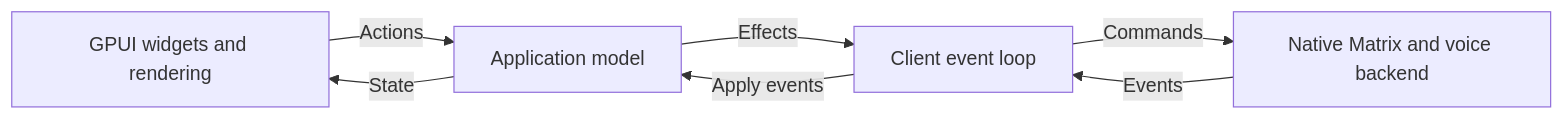
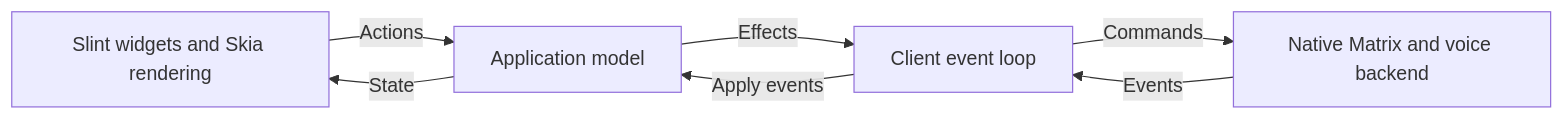
The diagram in docs/architecture.md (databoose/yapfast), drawn with Mermaid before and after one commit. The commit also changed other lines of this file and 30 other files, not shown here.

Commit message:
refactor(ui): replace GPUI desktop client with Slint and Skia

````diff
--- a/docs/architecture.md
+++ b/docs/architecture.md
@@ -7,9 +7,9 @@
 ```mermaid
 flowchart LR
-    UI[GPUI widgets and rendering] -->|Actions| App[Application model]
+    UI[Slint widgets and Skia rendering] -->|Actions| App[Application model]
     App -->|State| UI
     App -->|Effects| Adapter[Client event loop]
     Adapter -->|Commands| Backend[Native Matrix and voice backend]
     Backend -->|Events| Adapter
     Adapter -->|Apply events| App
 ```
````
